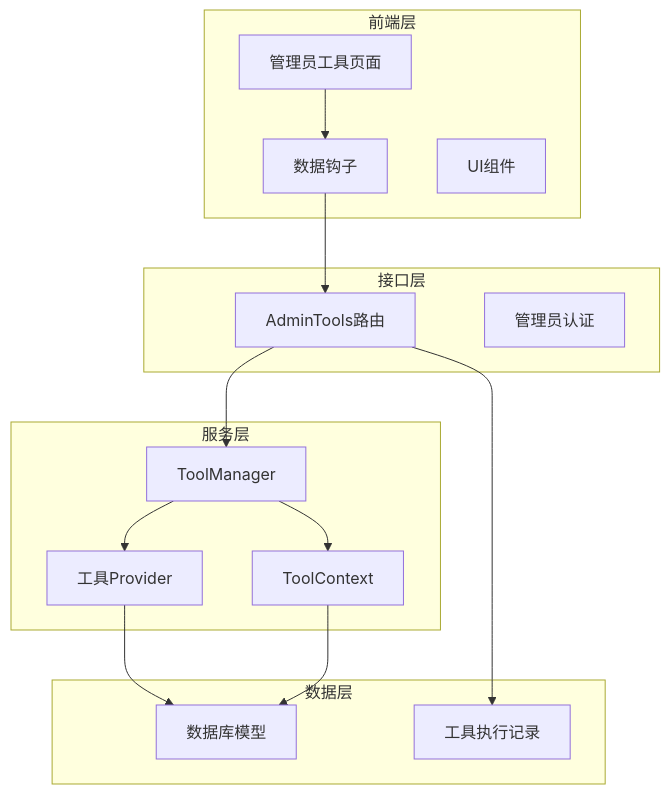
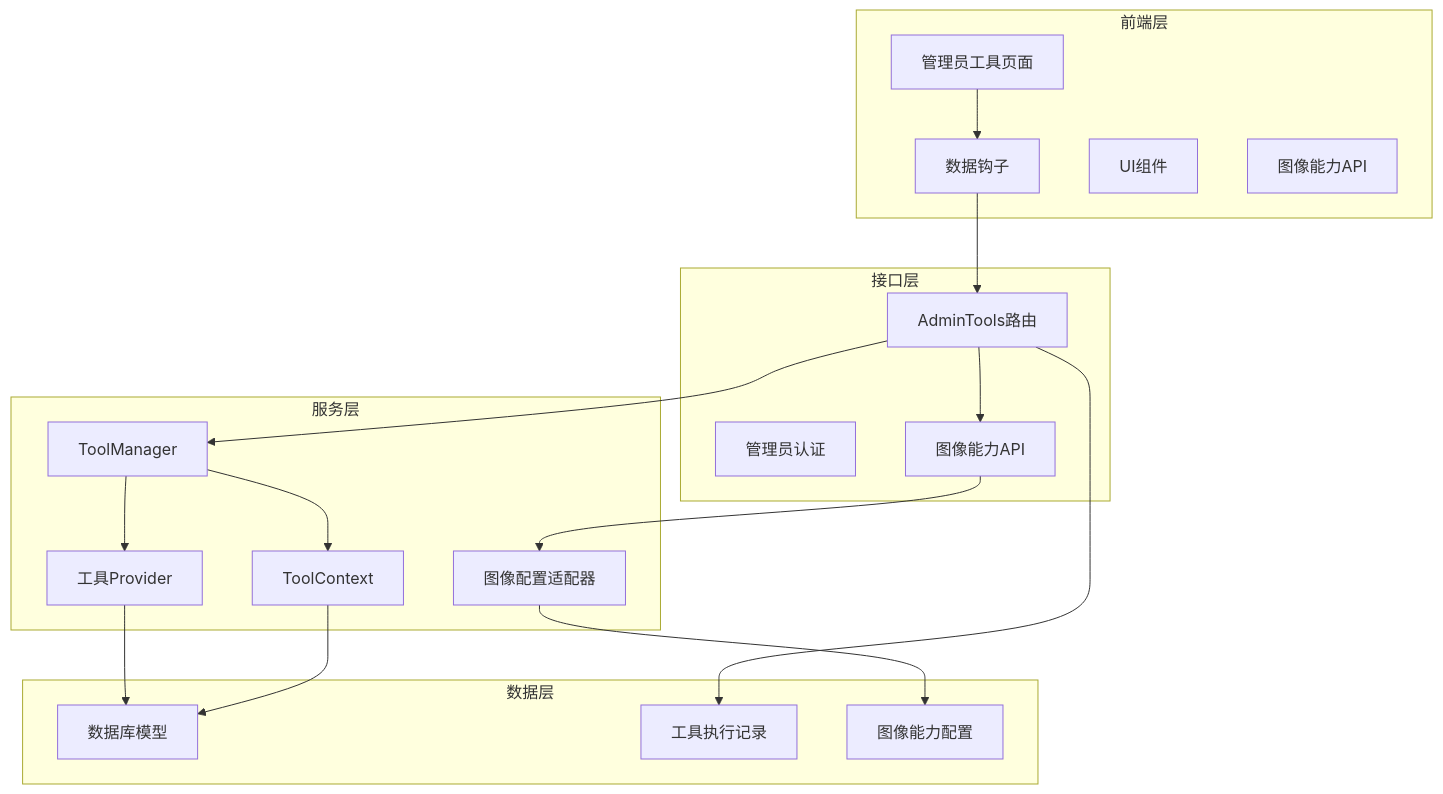
One commit to KunLabAI/KunFlix changed the first of 9 diagrams in .qoder/repowiki/zh/content/管理员后台系统/管理员工具管理.md. Above: the diagram before and after it, drawn with Mermaid. The commit also changed other lines of this file and 13 other files, not shown here.

````diff
--- a/.qoder/repowiki/zh/content/管理员后台系统/管理员工具管理.md
+++ b/.qoder/repowiki/zh/content/管理员后台系统/管理员工具管理.md
@@ -39,29 +53,36 @@
 ```mermaid
 graph TB
 subgraph "前端层"
 UI[管理员工具页面]
 Hooks[数据钩子]
 Components[UI组件]
+ImageCapabilities[图像能力API]
 end
 subgraph "接口层"
 Router[AdminTools路由]
 Auth[管理员认证]
+ImageCapabilitiesAPI[图像能力API]
 end
 subgraph "服务层"
 Manager[ToolManager]
 Providers[工具Provider]
 Context[ToolContext]
+ImageAdapter[图像配置适配器]
 end
 subgraph "数据层"
 Models[数据库模型]
 Executions[工具执行记录]
+Capabilities[图像能力配置]
 end
 UI --> Hooks
 Hooks --> Router
 Router --> Manager
 Manager --> Providers
 Manager --> Context
 Providers --> Models
 Context --> Models
 Router --> Executions
+Router --> ImageCapabilitiesAPI
+ImageCapabilitiesAPI --> ImageAdapter
+ImageAdapter --> Capabilities
 ```
````
